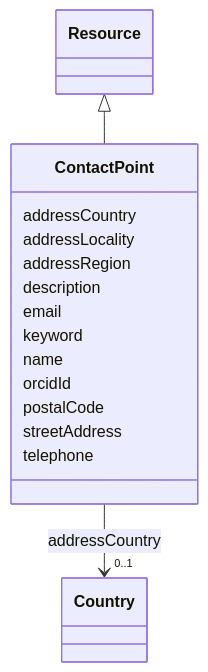
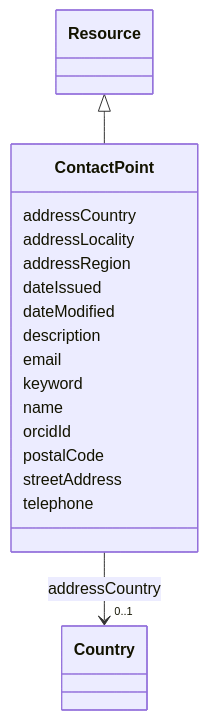
Before and after one commit to EVORA-project/evora-ontology: the diagram in models/docs/ContactPoint.md, drawn with Mermaid. The commit also changed other lines of this file and 377 other files, not shown here.

````diff
--- a/models/docs/ContactPoint.md
+++ b/models/docs/ContactPoint.md
@@ -19,38 +19,42 @@
 ```mermaid
  classDiagram
     class ContactPoint
     click ContactPoint href "../ContactPoint"
       Resource <|-- ContactPoint
         click Resource href "../Resource"
       
       ContactPoint : addressCountry
         
           
     
     
     ContactPoint --> "0..1" Country : addressCountry
     click Country href "../Country"
 
         
       ContactPoint : addressLocality
         
       ContactPoint : addressRegion
         
+      ContactPoint : dateIssued
+        
+      ContactPoint : dateModified
+        
       ContactPoint : description
         
       ContactPoint : email
         
       ContactPoint : keyword
         
       ContactPoint : name
         
       ContactPoint : orcidId
         
       ContactPoint : postalCode
         
       ContactPoint : streetAddress
         
       ContactPoint : telephone
         
       
 ```
````
